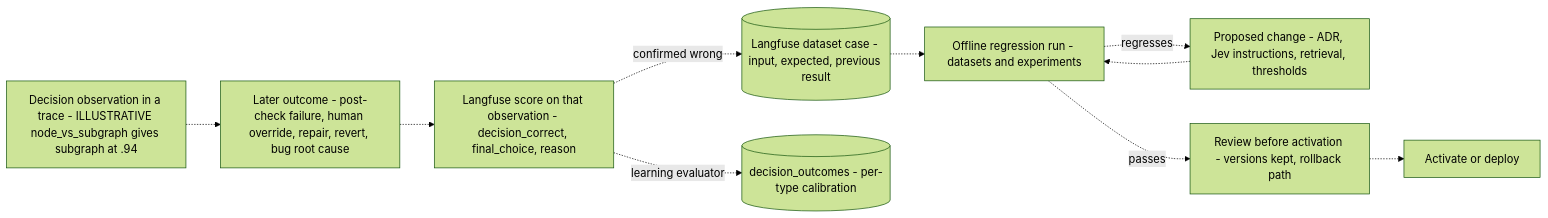
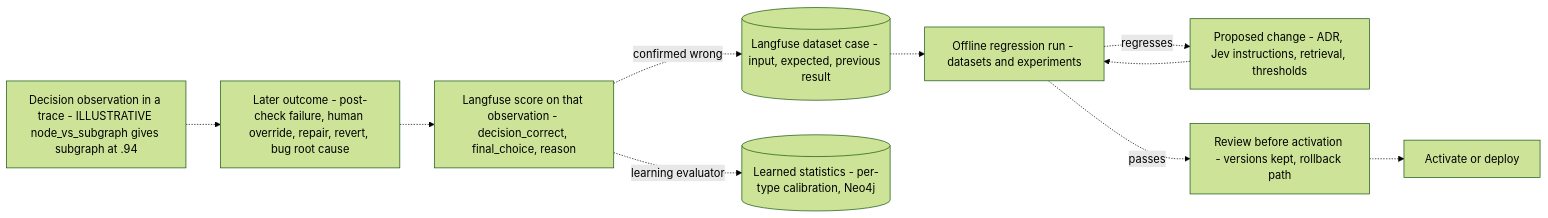
One commit to urlmonitor/leafcutter-ai changed the diagram in docs/architecture/diagrams/decision-kernel-flows-regression-memory.md. Above: the diagram before and after it, drawn with Mermaid (forest theme). The commit also changed other lines of this file and 24 other files, not shown here.

First line of the commit message:
docs(kernel): reconcile colony memory with ADR-059..062; ADR-065 moves learned statistics to Neo4j

````diff
--- a/docs/architecture/diagrams/decision-kernel-flows-regression-memory.md
+++ b/docs/architecture/diagrams/decision-kernel-flows-regression-memory.md
@@ -42,12 +43,12 @@
 ```mermaid
 flowchart LR
   OBS["Decision observation in a trace - ILLUSTRATIVE node_vs_subgraph gives subgraph at .94"] -.-> OUT["Later outcome - post-check failure, human override, repair, revert, bug root cause"]
   OUT -.-> SC["Langfuse score on that observation - decision_correct, final_choice, reason"]
   SC -.->|"confirmed wrong"| DS[("Langfuse dataset case - input, expected, previous result")]
-  SC -.->|"learning evaluator"| CAL[("decision_outcomes - per-type calibration")]
+  SC -.->|"learning evaluator"| CAL[("Learned statistics - per-type calibration, Neo4j")]
   CHG["Proposed change - ADR, Jev instructions, retrieval, thresholds"] -.-> EXP["Offline regression run - datasets and experiments"]
   DS -.-> EXP
   EXP -.->|"regresses"| CHG
   EXP -.->|"passes"| REV["Review before activation - versions kept, rollback path"]
   REV -.-> DEP["Activate or deploy"]
 ```
````
